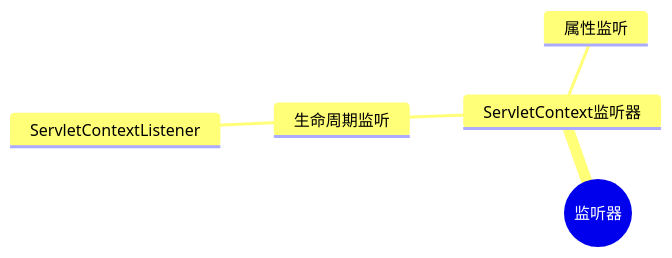
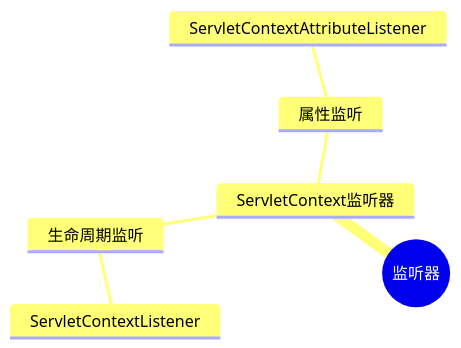
Before and after one commit to XingJi-love/XingJi-blog-plume: the first of 3 diagrams in docs/JavaWeb/会话_过滤器_监听器.md, drawn with Mermaid. The commit also changed other lines of this file and 3 other files, not shown here.

````diff
--- a/docs/JavaWeb/会话_过滤器_监听器.md
+++ b/docs/JavaWeb/会话_过滤器_监听器.md
@@ -1256,9 +1253,9 @@
 ```mermaid
 mindmap
   root((监听器))
       ServletContext监听器
         生命周期监听
         	ServletContextListener
         属性监听
-        	
+        	ServletContextAttributeListener
 ```
````
